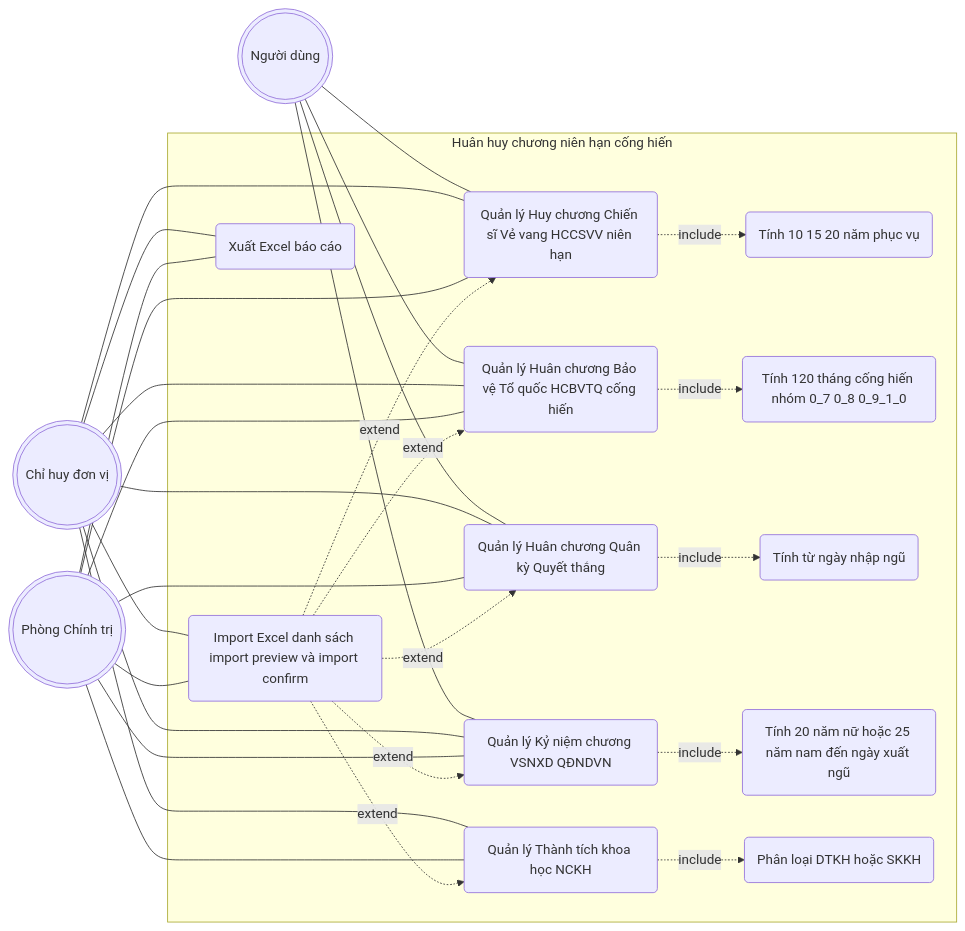
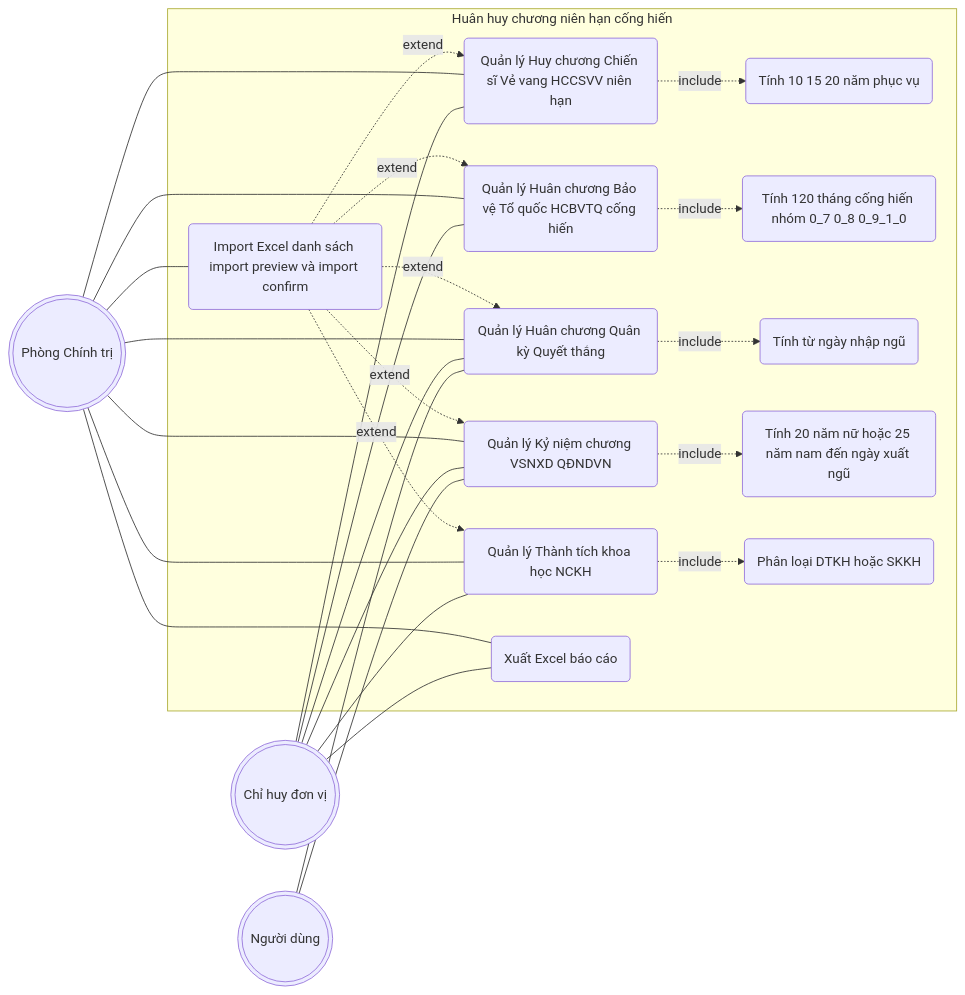
The seventh of 15 diagrams in docs/diagrams/01-use-case.md (tranducbk/DATN_PM_QLKT), drawn with Mermaid before and after one commit. The commit also changed other lines of this file and 18 other files, not shown here.

First line of the commit message:
Update diagrams, slides and supplementary docs

````diff
--- a/docs/diagrams/01-use-case.md
+++ b/docs/diagrams/01-use-case.md
@@ -340,48 +341,45 @@
 ```mermaid
 flowchart LR
     AD(((Phòng Chính trị)))
     MG(((Chỉ huy đơn vị)))
     US(((Người dùng)))
 
     subgraph SYS[Huân huy chương niên hạn cống hiến]
         UC1(Quản lý Huy chương Chiến sĩ Vẻ vang HCCSVV niên hạn)
         UC2(Quản lý Huân chương Bảo vệ Tổ quốc HCBVTQ cống hiến)
         UC3(Quản lý Huân chương Quân kỳ Quyết thắng)
         UC4(Quản lý Kỷ niệm chương VSNXD QĐNDVN)
         UC5(Quản lý Thành tích khoa học NCKH)
         UC6(Import Excel danh sách import preview và import confirm)
         UC7(Xuất Excel báo cáo)
 
         UC1 -.->|include| UC1A(Tính 10 15 20 năm phục vụ)
         UC2 -.->|include| UC2A(Tính 120 tháng cống hiến nhóm 0_7 0_8 0_9_1_0)
         UC3 -.->|include| UC3A(Tính từ ngày nhập ngũ)
         UC4 -.->|include| UC4A(Tính 20 năm nữ hoặc 25 năm nam đến ngày xuất ngũ)
         UC5 -.->|include| UC5A(Phân loại DTKH hoặc SKKH)
         UC6 -.->|extend| UC1
         UC6 -.->|extend| UC2
         UC6 -.->|extend| UC3
         UC6 -.->|extend| UC4
         UC6 -.->|extend| UC5
     end
 
     AD --- UC1
     AD --- UC2
     AD --- UC3
     AD --- UC4
     AD --- UC5
     AD --- UC6
     AD --- UC7
 
     MG --- UC1
     MG --- UC2
     MG --- UC3
     MG --- UC4
     MG --- UC5
-    MG --- UC6
     MG --- UC7
 
-    US --- UC1
-    US --- UC2
     US --- UC3
     US --- UC4
 ```
````
